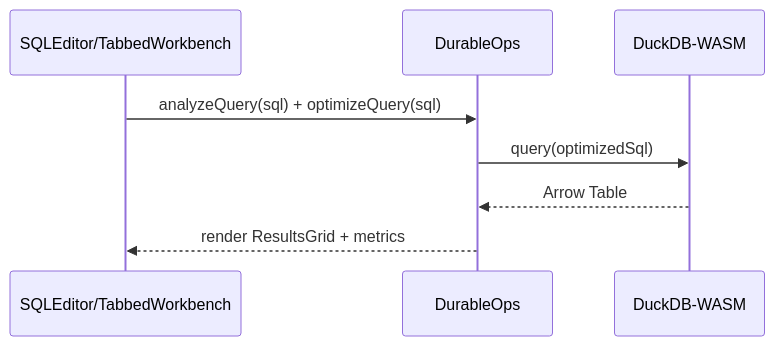
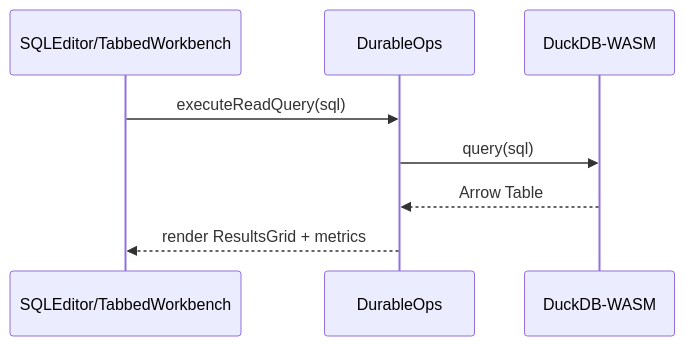
One commit to james-ralph8555/homebench changed the second of 3 diagrams in lib/README.md. Above: the diagram before and after it, drawn with Mermaid. The commit also changed other lines of this file and 7 other files, not shown here.

````diff
--- a/lib/README.md
+++ b/lib/README.md
@@ -82,10 +85,10 @@
 ```mermaid
 sequenceDiagram
   participant UI as SQLEditor/TabbedWorkbench
   participant Ops as DurableOps
   participant DB as DuckDB-WASM
-  UI->>Ops: analyzeQuery(sql) + optimizeQuery(sql)
-  Ops->>DB: query(optimizedSql)
+  UI->>Ops: executeReadQuery(sql)
+  Ops->>DB: query(sql)
   DB-->>Ops: Arrow Table
   Ops-->>UI: render ResultsGrid + metrics
 ```
````
